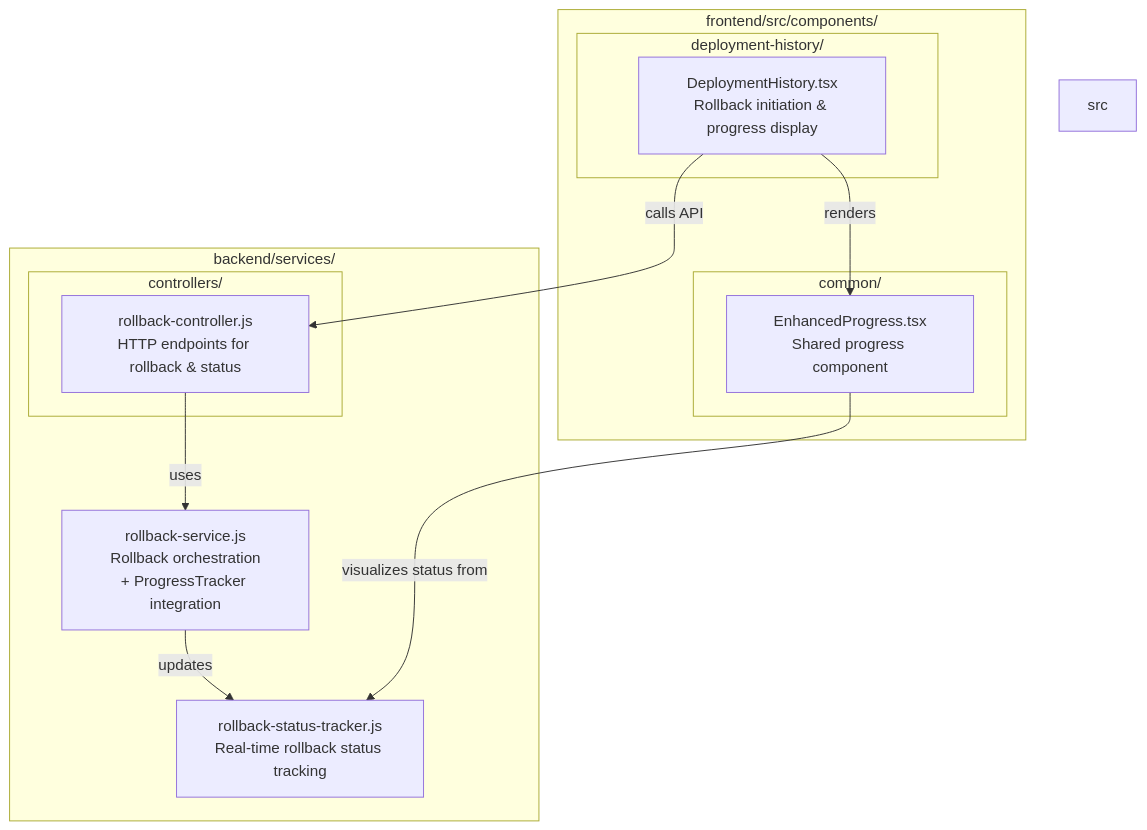
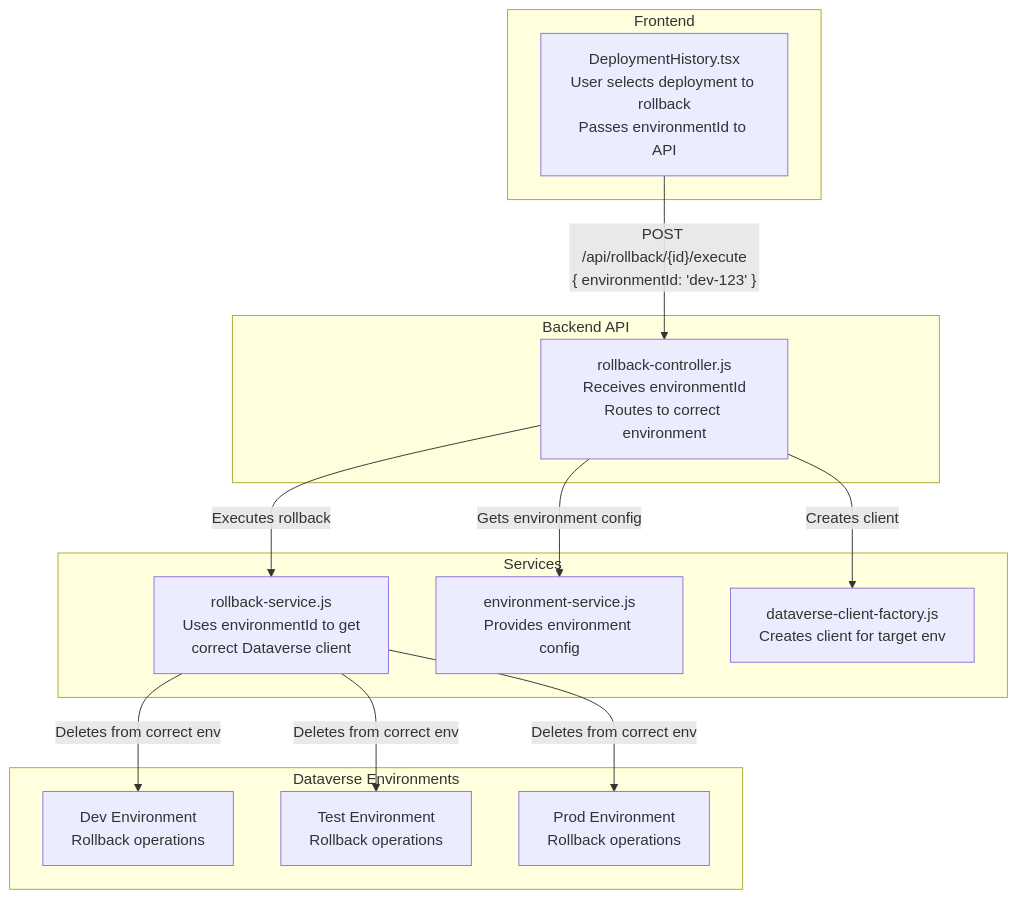
One commit to LuiseFreese/mermaid changed the seventh of 9 diagrams in docs/DEVELOPER_ARCHITECTURE.md. Above: the diagram before and after it, drawn with Mermaid. The commit also changed other lines of this file and 49 other files, not shown here.

First line of the commit message:
fix: Add environmentManager to test mocks and fix integration tests

````diff
--- a/docs/DEVELOPER_ARCHITECTURE.md
+++ b/docs/DEVELOPER_ARCHITECTURE.md
@@ -1310,32 +1366,34 @@
 ```mermaid
 graph TD
-  %% root-level
-  A[src]
-
-  %% backend
-  subgraph B[backend/services/]
-    B1[rollback-service.js<br/>Rollback orchestration<br/>+ ProgressTracker integration]
-    B2[rollback-status-tracker.js<br/>Real-time rollback status tracking]
-    subgraph BC[controllers/]
-      BC1[rollback-controller.js<br/>HTTP endpoints for rollback & status]
-    end
+  %% Frontend
+  subgraph F[Frontend]
+    F1[DeploymentHistory.tsx<br/>User selects deployment to rollback<br/>Passes environmentId to API]
   end
 
-  %% frontend
-  subgraph F[frontend/src/components/]
-    subgraph F1[deployment-history/]
-      F1a[DeploymentHistory.tsx<br/>Rollback initiation & progress display]
-    end
-    subgraph F2[common/]
-      F2a[EnhancedProgress.tsx<br/>Shared progress component]
-    end
+  %% Backend API
+  subgraph B[Backend API]
+    BC[rollback-controller.js<br/>Receives environmentId<br/>Routes to correct environment]
   end
 
-  %% relationships
-  F1a -->|"calls API"| BC1
-  BC1 -->|"uses"| B1
-  B1 -->|"updates"| B2
-  F1a -->|"renders"| F2a
-  F2a -->|"visualizes status from"| B2
+  %% Services
+  subgraph S[Services]
+    RS[rollback-service.js<br/>Uses environmentId to get<br/>correct Dataverse client]
+    ES[environment-service.js<br/>Provides environment config]
+    DS[dataverse-client-factory.js<br/>Creates client for target env]
+  end
 
+  %% Dataverse Environments
+  subgraph DV[Dataverse Environments]
+    DV1[Dev Environment<br/>Rollback operations]
+    DV2[Test Environment<br/>Rollback operations]
+    DV3[Prod Environment<br/>Rollback operations]
+  end
+
+  F1 -->|"POST /api/rollback/{id}/execute<br/>{ environmentId: 'dev-123' }"| BC
+  BC -->|"Gets environment config"| ES
+  BC -->|"Creates client"| DS
+  BC -->|"Executes rollback"| RS
+  RS -->|"Deletes from correct env"| DV1
+  RS -->|"Deletes from correct env"| DV2
+  RS -->|"Deletes from correct env"| DV3
 ```
````
